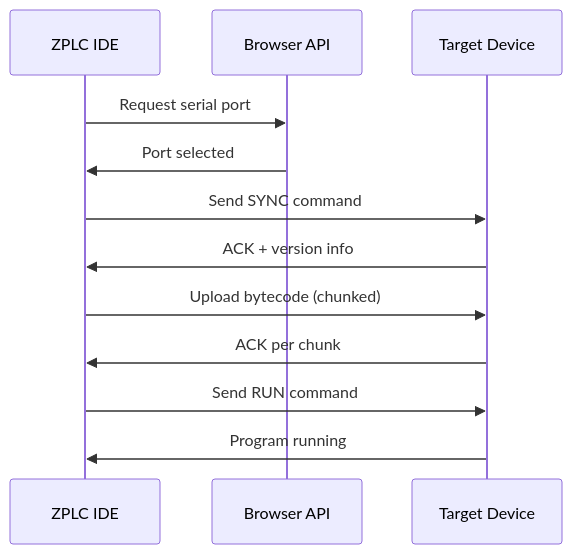
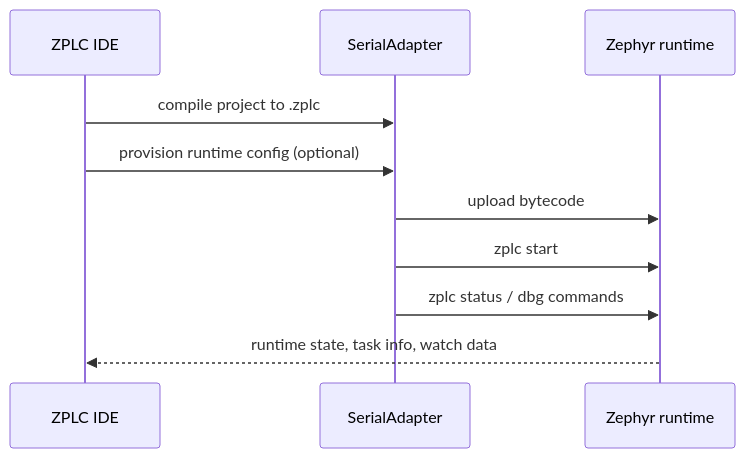
One commit to eduardojvieira/ZPLC changed the diagram in docs/docs/ide/deployment.md. Above: the diagram before and after it, drawn with Mermaid. The commit also changed other lines of this file and 94 other files, not shown here.

````diff
--- a/docs/docs/ide/deployment.md
+++ b/docs/docs/ide/deployment.md
@@ -98,15 +49,13 @@
 ```mermaid
 sequenceDiagram
-    participant IDE as ZPLC IDE
-    participant Browser as Browser API
-    participant Device as Target Device
-    
-    IDE->>Browser: Request serial port
-    Browser->>IDE: Port selected
-    IDE->>Device: Send SYNC command
-    Device->>IDE: ACK + version info
-    IDE->>Device: Upload bytecode (chunked)
-    Device->>IDE: ACK per chunk
-    IDE->>Device: Send RUN command
-    Device->>IDE: Program running
+  participant IDE as ZPLC IDE
+  participant Adapter as SerialAdapter
+  participant Device as Zephyr runtime
+
+  IDE->>Adapter: compile project to .zplc
+  IDE->>Adapter: provision runtime config (optional)
+  Adapter->>Device: upload bytecode
+  Adapter->>Device: zplc start
+  Adapter->>Device: zplc status / dbg commands
+  Device-->>IDE: runtime state, task info, watch data
 ```
````
